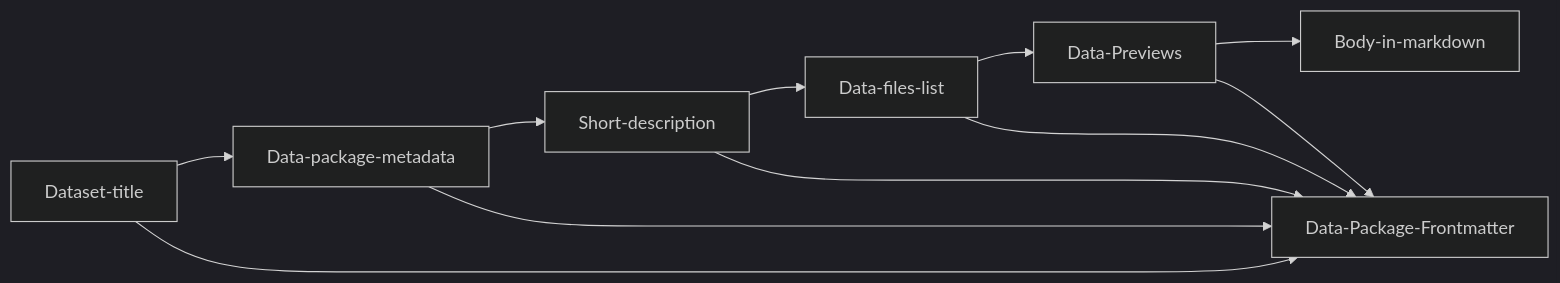
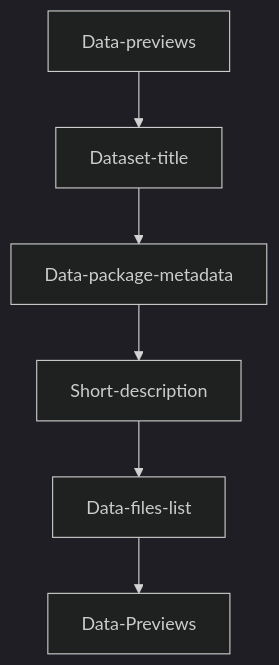
Before and after one commit to Daniellappv/datahub-cloud-template-newest: the diagram in README.md, drawn with Mermaid (dark theme).

````diff
--- a/README.md
+++ b/README.md
@@ -23,13 +23,8 @@
 ```mermaid
-  graph LR;
+  graph TD;
       Dataset-title-->Data-package-metadata
-      Dataset-title-->Data-Package-Frontmatter
       Data-package-metadata-->Short-description;
-      Data-package-metadata-->Data-Package-Frontmatter
       Short-description-->Data-files-list;
-      Short-description-->Data-Package-Frontmatter
       Data-files-list-->Data-Previews;
-      Data-files-list-->Data-Package-Frontmatter
-      Data-Previews-->Body-in-markdown
-      Data-Previews-->Data-Package-Frontmatter
+      Data-previews-->Dataset-title
 ```
````
